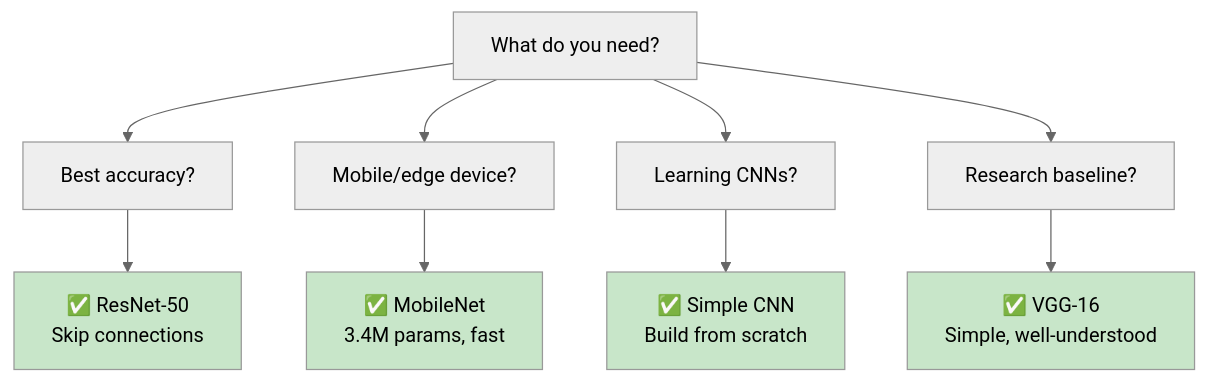
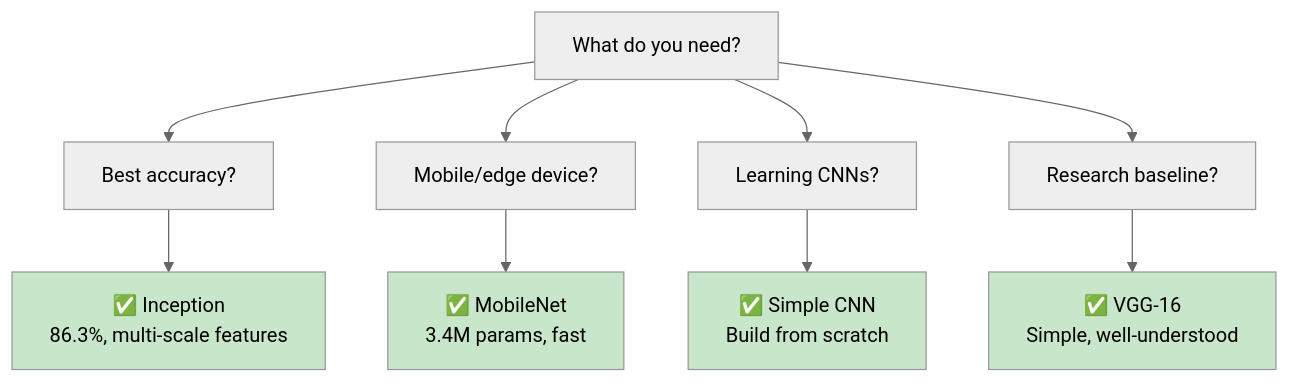
Diagram 29 of 31 in README.md (hadarwayn/L41-Which-dog-are-you-), drawn with Mermaid (neutral theme) before and after one commit. The commit also changed other lines of this file, not shown here.

First line of the commit message:
docs(readme): Update with Inception results — 86.3% accuracy (best model!)

````diff
--- a/README.md
+++ b/README.md
@@ -677,17 +709,17 @@
 ```mermaid
 flowchart TD
     Q["What do you need?"] --> A["Best accuracy?"]
     Q --> B["Mobile/edge device?"]
     Q --> C["Learning CNNs?"]
     Q --> D["Research baseline?"]
 
-    A --> A1["✅ ResNet-50<br/>Skip connections"]
+    A --> A1["✅ Inception<br/>86.3%, multi-scale features"]
     B --> B1["✅ MobileNet<br/>3.4M params, fast"]
     C --> C1["✅ Simple CNN<br/>Build from scratch"]
     D --> D1["✅ VGG-16<br/>Simple, well-understood"]
 
     style A1 fill:#c8e6c9
     style B1 fill:#c8e6c9
     style C1 fill:#c8e6c9
     style D1 fill:#c8e6c9
 ```
````
